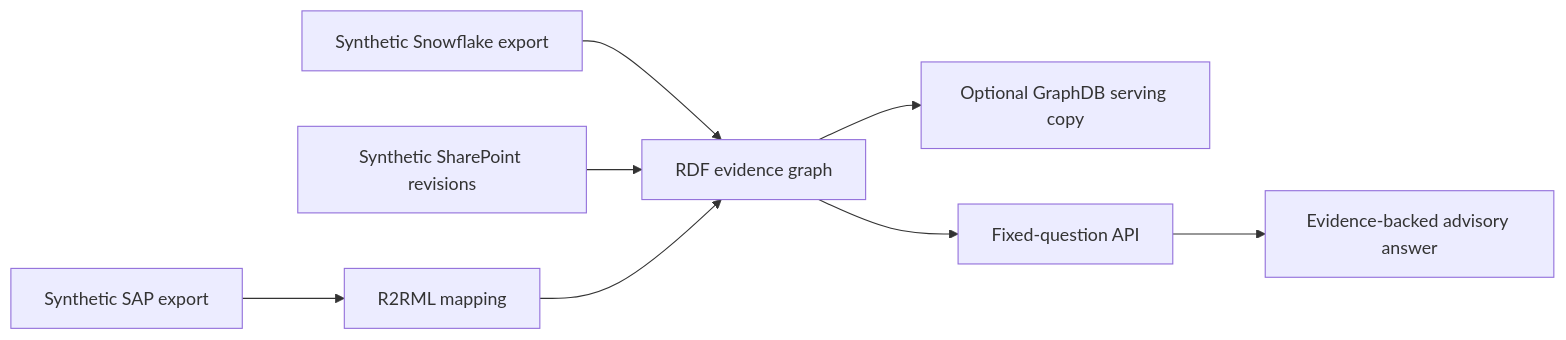
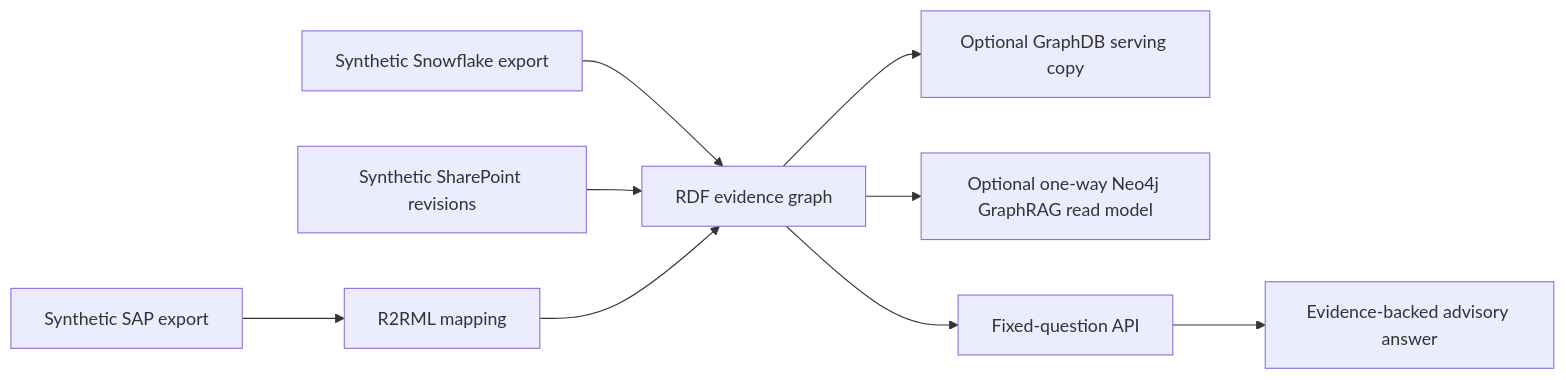
One commit to sergiunicoara/Generative-AI changed the diagram in ai-knowledge-graph-platform/docs/demos/energy_asset_intelligence_brief.md. Above: the diagram before and after it, drawn with Mermaid. The commit also changed other lines of this file and 7 other files, not shown here.

Commit message:
Align Energy documentation with implemented E2E flow

````diff
--- a/ai-knowledge-graph-platform/docs/demos/energy_asset_intelligence_brief.md
+++ b/ai-knowledge-graph-platform/docs/demos/energy_asset_intelligence_brief.md
@@ -8,10 +8,11 @@
 ```mermaid
 flowchart LR
   SAP[Synthetic SAP export] --> MAP[R2RML mapping]
   SNOW[Synthetic Snowflake export] --> RDF[RDF evidence graph]
   SP[Synthetic SharePoint revisions] --> RDF
   MAP --> RDF
   RDF --> GDB[Optional GraphDB serving copy]
+  RDF --> NEO[Optional one-way Neo4j GraphRAG read model]
   RDF --> API[Fixed-question API]
   API --> E[Evidence-backed advisory answer]
 ```
````
